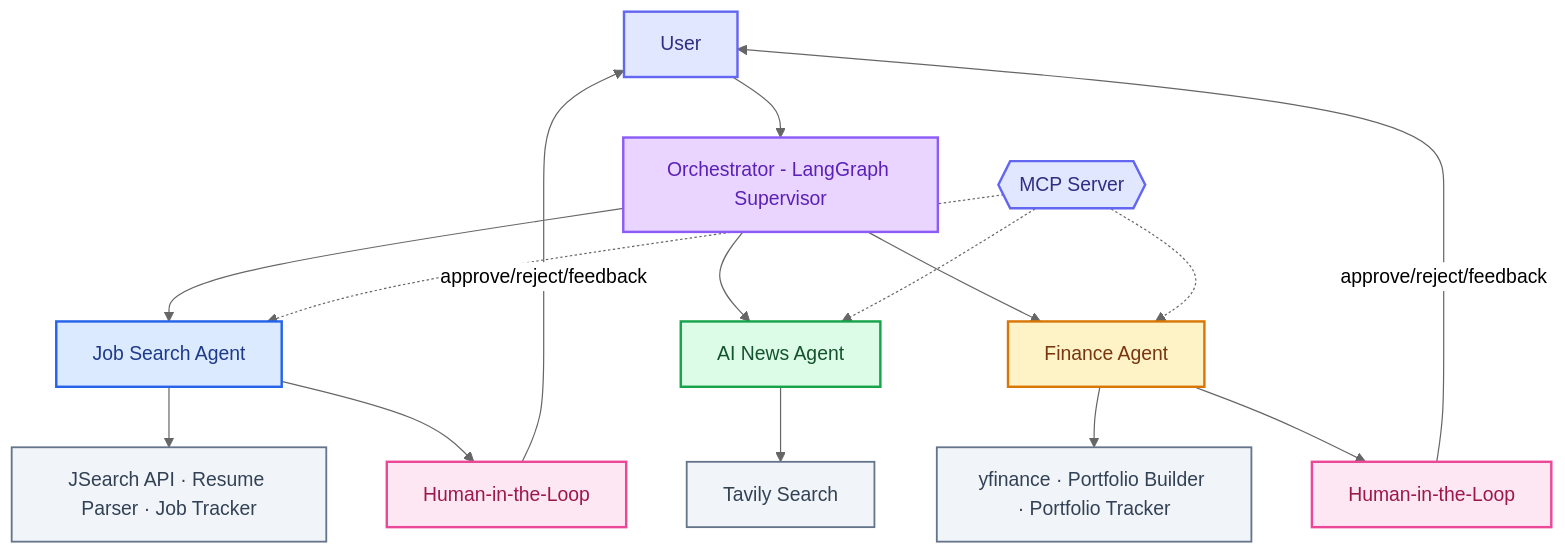
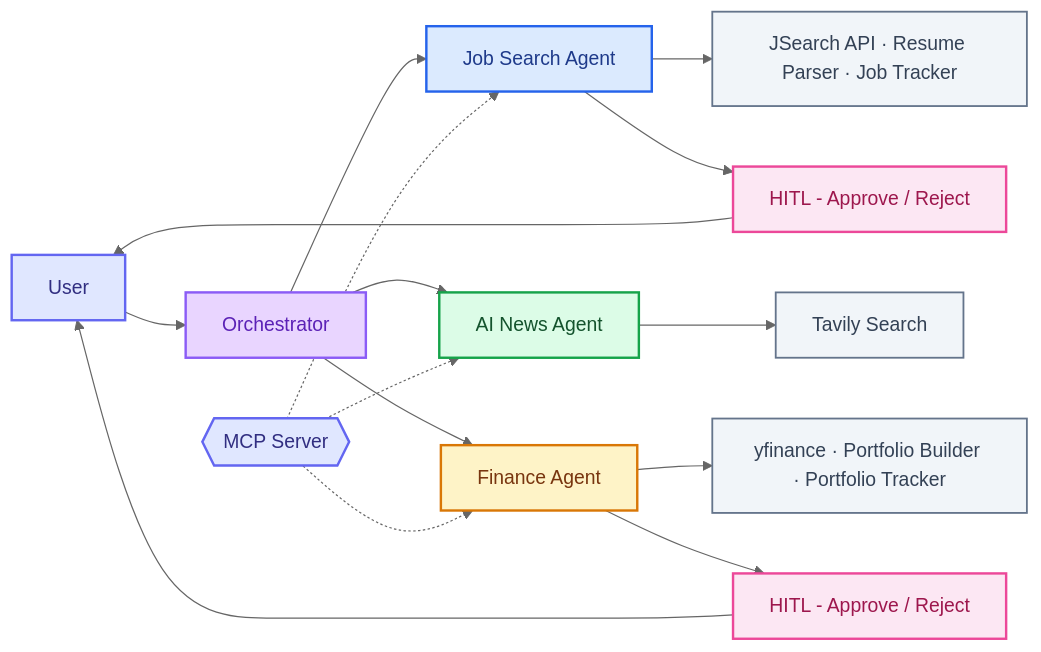
The diagram in README.md (SiddardhaPolineni/Agent-Nexus), drawn with Mermaid (neutral theme) before and after one commit.

Commit message:
Agent-Nexus

````diff
--- a/README.md
+++ b/README.md
@@ -15,38 +15,31 @@
 ```mermaid
-graph TD
+graph LR
     classDef user fill:#e0e7ff,stroke:#6366f1,stroke-width:2px,color:#312e81
     classDef orchestrator fill:#e9d5ff,stroke:#8b5cf6,stroke-width:2px,color:#5b21b6
     classDef jobagent fill:#dbeafe,stroke:#2563eb,stroke-width:2px,color:#1e3a8a
     classDef newsagent fill:#dcfce7,stroke:#16a34a,stroke-width:2px,color:#14532d
     classDef financeagent fill:#fef3c7,stroke:#d97706,stroke-width:2px,color:#78350f
     classDef tools fill:#f1f5f9,stroke:#64748b,stroke-width:1.5px,color:#334155
     classDef hitl fill:#fce7f3,stroke:#ec4899,stroke-width:2px,color:#9d174d
     classDef mcp fill:#e0e7ff,stroke:#6366f1,stroke-width:2px,color:#312e81
 
-    U[User]:::user
-    O[Orchestrator - LangGraph Supervisor]:::orchestrator
-    JA[Job Search Agent]:::jobagent
-    NA[AI News Agent]:::newsagent
-    FA[Finance Agent]:::financeagent
-    JT[JSearch API · Resume Parser · Job Tracker]:::tools
-    NT[Tavily Search]:::tools
-    FT[yfinance · Portfolio Builder · Portfolio Tracker]:::tools
-    JH[Human-in-the-Loop]:::hitl
-    FH[Human-in-the-Loop]:::hitl
-    MCP{{MCP Server}}:::mcp
+    U[User]:::user --> O[Orchestrator]:::orchestrator
 
-    U --> O
-    O --> JA
-    O --> NA
-    O --> FA
-    JA --> JT
-    JA --> JH
-    NA --> NT
-    FA --> FT
-    FA --> FH
-    JH -->|approve/reject/feedback| U
-    FH -->|approve/reject/feedback| U
-    MCP -.-> JA
+    O --> JA[Job Search Agent]:::jobagent
+    O --> NA[AI News Agent]:::newsagent
+    O --> FA[Finance Agent]:::financeagent
+
+    JA --> JT[JSearch API · Resume Parser · Job Tracker]:::tools
+    NA --> NT[Tavily Search]:::tools
+    FA --> FT[yfinance · Portfolio Builder · Portfolio Tracker]:::tools
+
+    JA --> JH[HITL - Approve / Reject]:::hitl
+    FA --> FH[HITL - Approve / Reject]:::hitl
+
+    JH --> U
+    FH --> U
+
+    MCP{{MCP Server}}:::mcp -.-> JA
     MCP -.-> NA
     MCP -.-> FA
 ```
````
